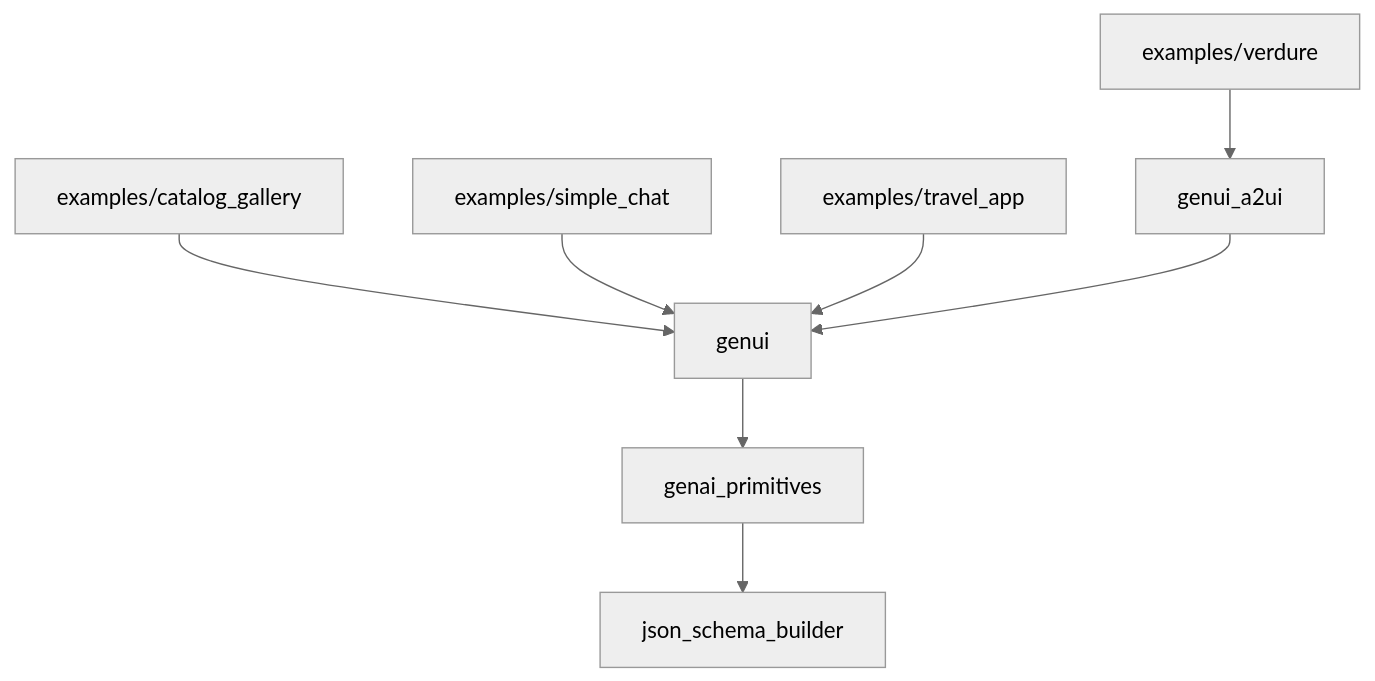
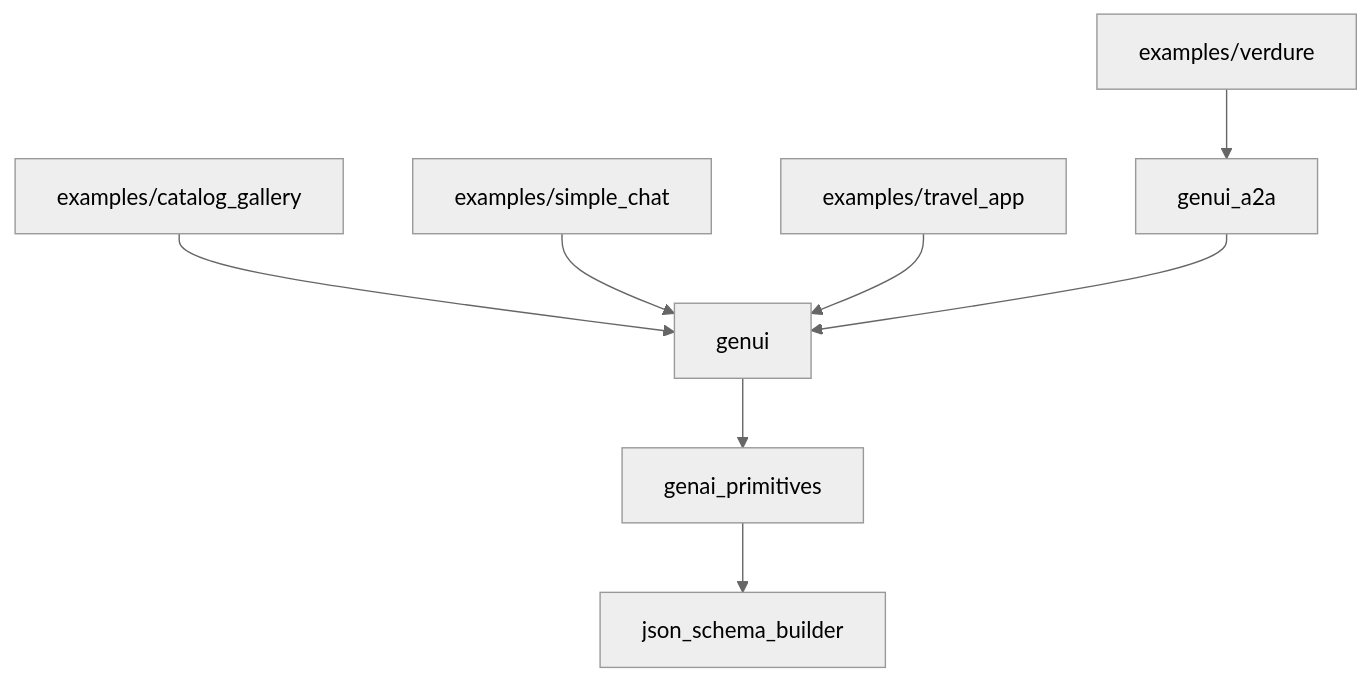
The diagram in README.md (jacobsimionato/genui), drawn with Mermaid (neutral theme) before and after one commit. The commit also changed other lines of this file and 112 other files, not shown here.

````diff
--- a/README.md
+++ b/README.md
@@ -106,10 +106,10 @@
 ```mermaid
 graph TD
   examples/catalog_gallery --> genui
   examples/simple_chat --> genui
   examples/travel_app --> genui
-  examples/verdure --> genui_a2ui 
-  genui_a2ui --> genui
+  examples/verdure --> genui_a2a
+  genui_a2a --> genui
   genui --> genai_primitives
   genai_primitives --> json_schema_builder
 ```
````
